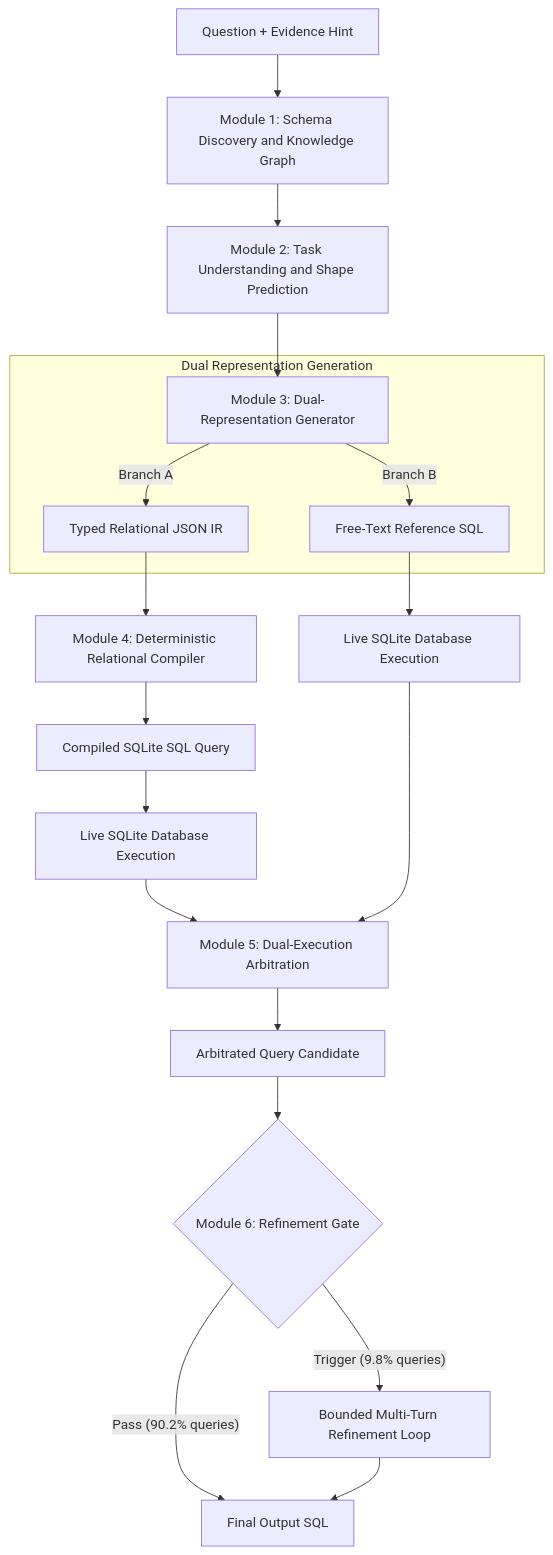
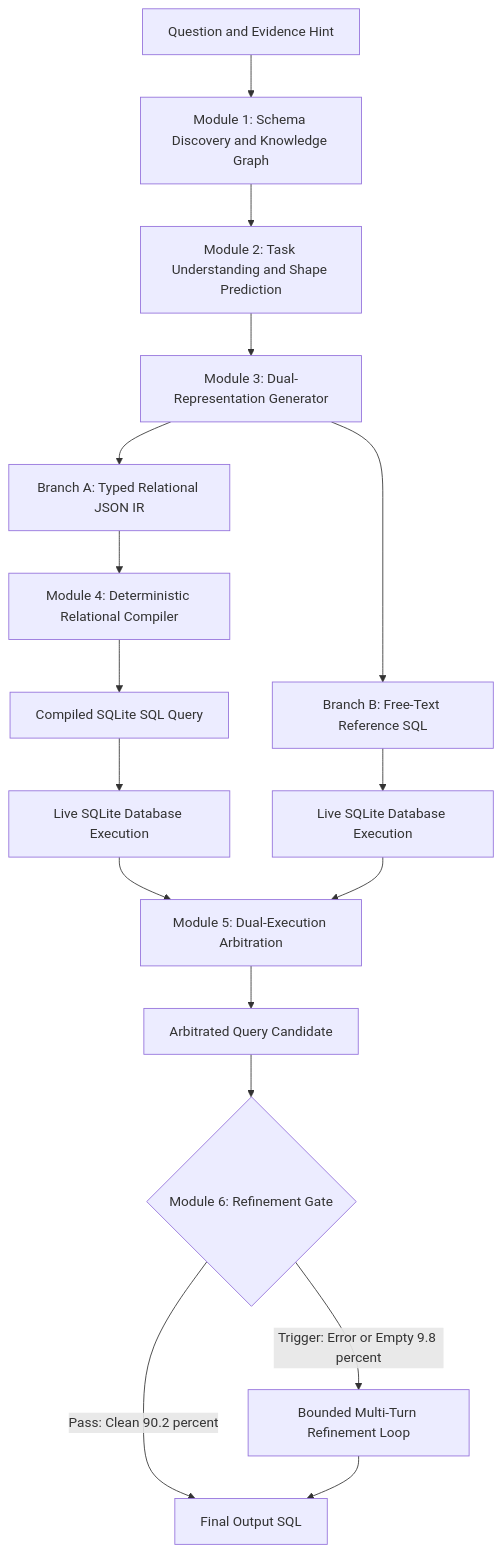
Before and after one commit to gzee3184/cross_db_benchmark: the first of 2 diagrams in docs/ARCHITECTURE.md, drawn with Mermaid. The commit also changed other lines of this file, not shown here.

Commit message:
fix(docs): resolve mermaid preview rendering issues in flowcharts

````diff
--- a/docs/ARCHITECTURE.md
+++ b/docs/ARCHITECTURE.md
@@ -13,27 +13,25 @@
 ```mermaid
 flowchart TD
-    Q["Question + Evidence Hint"] --> DISCO["Module 1: Schema Discovery and Knowledge Graph"]
+    Q["Question and Evidence Hint"] --> DISCO["Module 1: Schema Discovery and Knowledge Graph"]
     DISCO --> TU["Module 2: Task Understanding and Shape Prediction"]
     TU --> GEN["Module 3: Dual-Representation Generator"]
     
-    subgraph DualRepresentation["Dual Representation Generation"]
-        GEN -->|Branch A| IR["Typed Relational JSON IR"]
-        GEN -->|Branch B| REFSQ["Free-Text Reference SQL"]
-    end
+    GEN --> IR["Branch A: Typed Relational JSON IR"]
+    GEN --> REFSQ["Branch B: Free-Text Reference SQL"]
 
     IR --> COMP["Module 4: Deterministic Relational Compiler"]
     COMP --> SQL1["Compiled SQLite SQL Query"]
 
     SQL1 --> EXEC1["Live SQLite Database Execution"]
     REFSQ --> EXEC2["Live SQLite Database Execution"]
 
     EXEC1 --> ARB["Module 5: Dual-Execution Arbitration"]
     EXEC2 --> ARB
 
     ARB --> DRAFT["Arbitrated Query Candidate"]
     DRAFT --> GATE{"Module 6: Refinement Gate"}
 
-    GATE -->|"Pass (90.2% queries)"| FINAL["Final Output SQL"]
-    GATE -->|"Trigger (9.8% queries)"| REFLOOP["Bounded Multi-Turn Refinement Loop"]
+    GATE -->|Pass: Clean 90.2 percent| FINAL["Final Output SQL"]
+    GATE -->|Trigger: Error or Empty 9.8 percent| REFLOOP["Bounded Multi-Turn Refinement Loop"]
     REFLOOP --> FINAL
 ```
````
